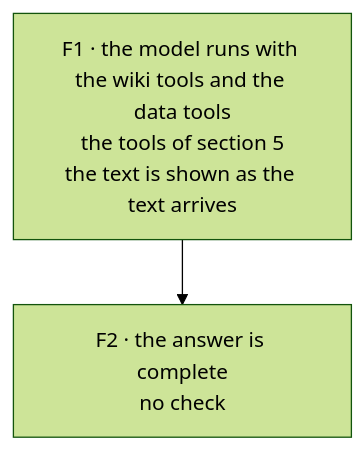
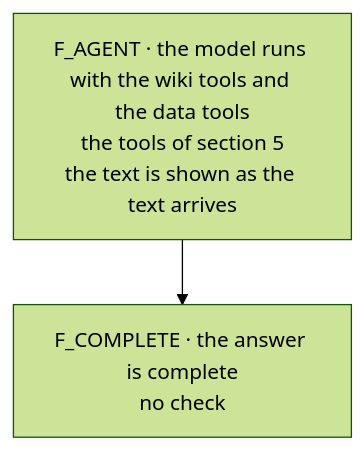
Before and after one commit to Clod/llmwiki-marimo: the second of 2 diagrams in docs/query_nodes.md, drawn with Mermaid (forest theme). The commit also changed other lines of this file and 92 other files, not shown here.

````diff
--- a/docs/query_nodes.md
+++ b/docs/query_nodes.md
@@ -312,6 +314,6 @@
 ```mermaid
 flowchart TD
-    F1["F1 · the model runs with the wiki tools and the data tools<br/>the tools of section 5<br/>the text is shown as the text arrives"]
-    F2["F2 · the answer is complete<br/>no check"]
-    F1 --> F2
+    F_AGENT["F_AGENT · the model runs with the wiki tools and the data tools<br/>the tools of section 5<br/>the text is shown as the text arrives"]
+    F_COMPLETE["F_COMPLETE · the answer is complete<br/>no check"]
+    F_AGENT --> F_COMPLETE
 ```
````
